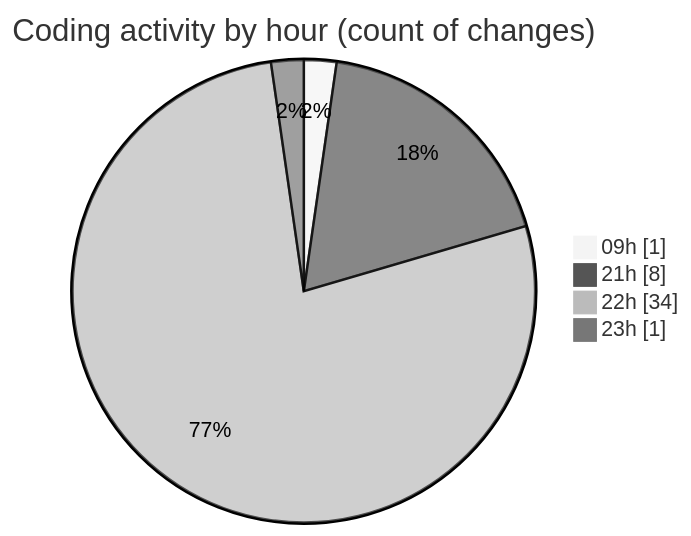
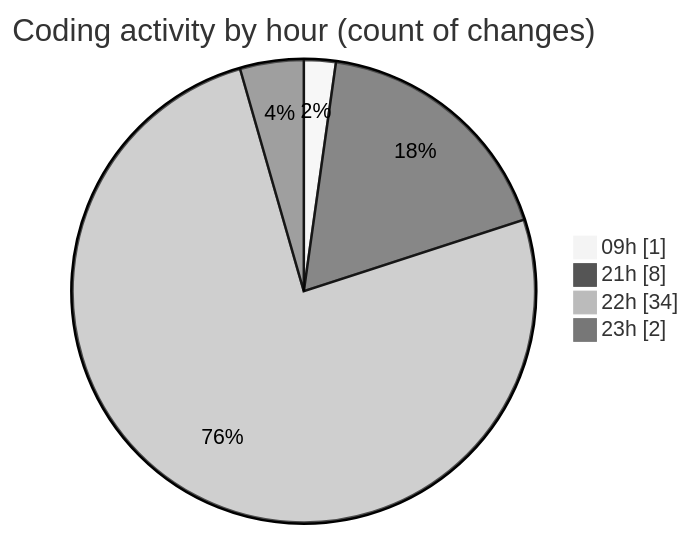
The second of 2 diagrams in 2025-02-19/myws__workspace_/README.md (MatusMokan/code-tracking), drawn with Mermaid (neutral theme) before and after one commit. The commit also changed other lines of this file and 1 other file, not shown here.

````diff
--- a/2025-02-19/myws__workspace_/README.md
+++ b/2025-02-19/myws__workspace_/README.md
@@ -34,8 +35,8 @@
 ```mermaid
 pie showData
 title Coding activity by hour (count of changes)
 "09h" : 1
 "21h" : 8
 "22h" : 34
-"23h" : 1
+"23h" : 2
 ```
````
